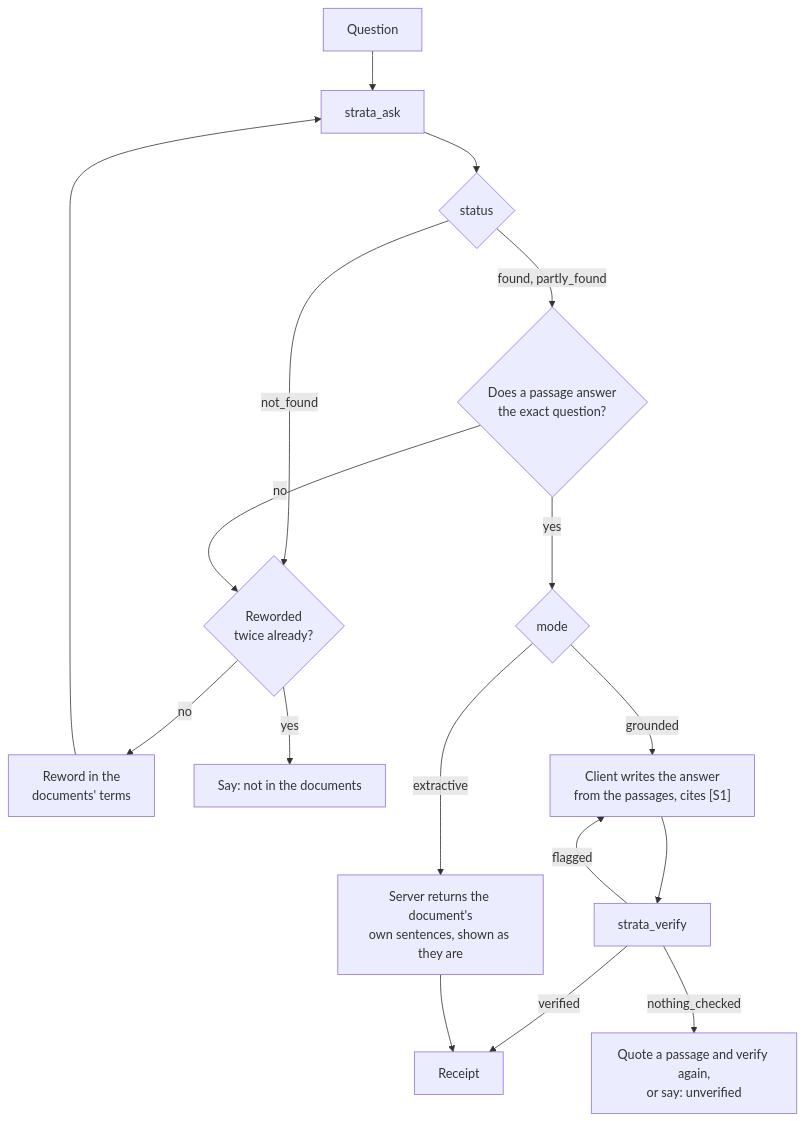
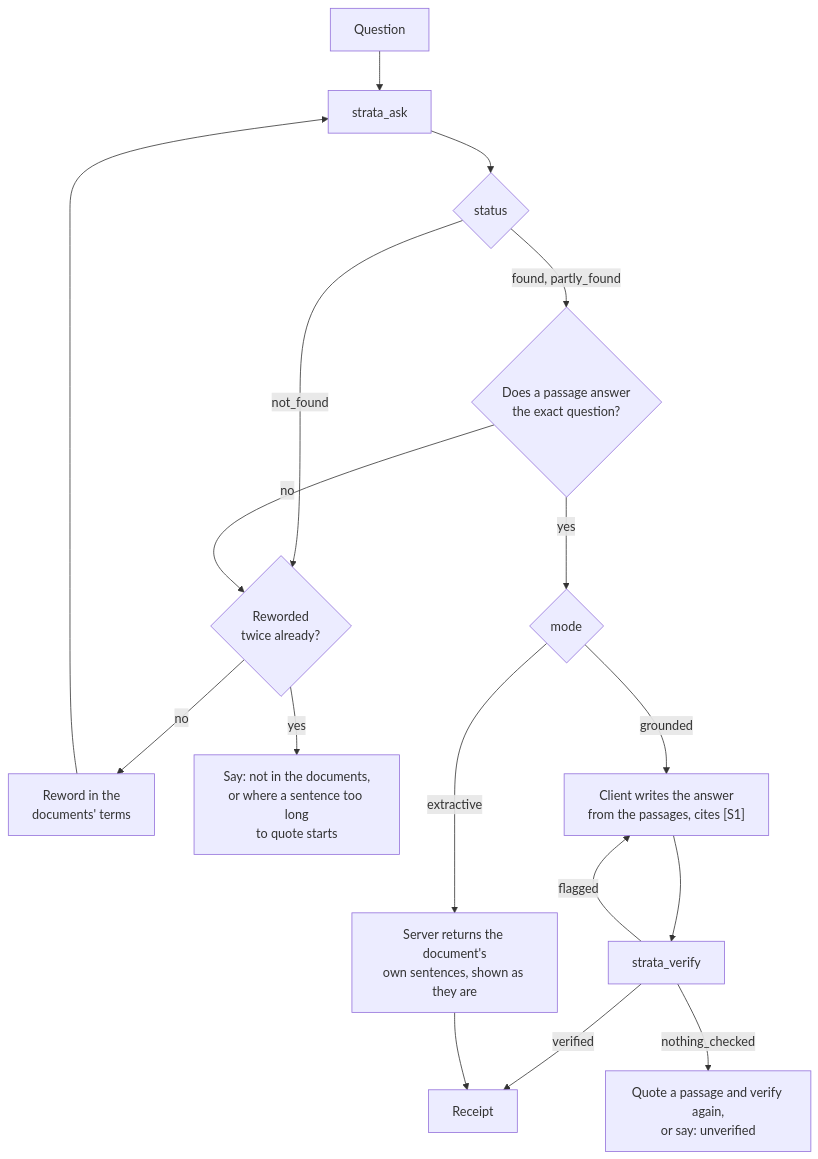
One commit to boudou/StrataKB changed the third of 4 diagrams in README.md. Above: the diagram before and after it, drawn with Mermaid. The commit also changed other lines of this file and 7 other files, not shown here.

````diff
--- a/README.md
+++ b/README.md
@@ -108,16 +108,16 @@
 ```mermaid
 flowchart TD
     Q[Question] --> A[strata_ask]
     A --> S{status}
     S -->|not_found| T{"Reworded<br/>twice already?"}
     T -->|no| RW["Reword in the<br/>documents' terms"] --> A
-    T -->|yes| N["Say: not in the documents"]
+    T -->|yes| N["Say: not in the documents,<br/>or where a sentence too long<br/>to quote starts"]
     S -->|"found, partly_found"| C{"Does a passage answer<br/>the exact question?"}
     C -->|no| T
     C -->|yes| M{mode}
     M -->|grounded| W["Client writes the answer<br/>from the passages, cites [S1]"] --> V[strata_verify]
     V -->|flagged| W
     V -->|verified| R[Receipt]
     V -->|nothing_checked| U["Quote a passage and verify again,<br/>or say: unverified"]
     M -->|extractive| X["Server returns the document's<br/>own sentences, shown as they are"] --> R
 ```
````
